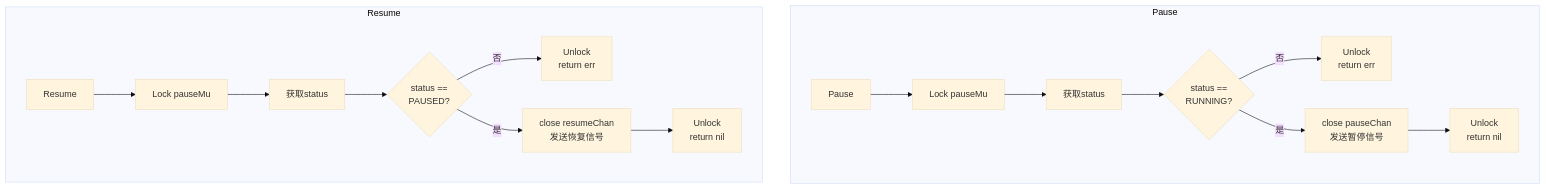
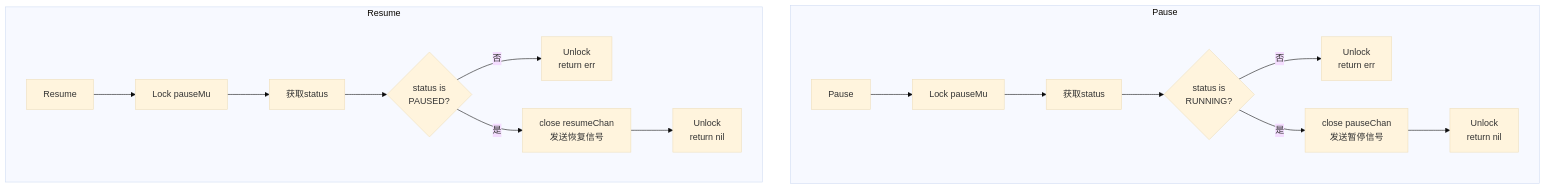
One commit to LerkoX/flowx changed the tenth of 12 diagrams in FLOWS.md. Above: the diagram before and after it, drawn with Mermaid (base theme). The commit also changed other lines of this file and 6 other files, not shown here.

First line of the commit message:
fix: escape special characters in Mermaid diagrams

````diff
--- a/FLOWS.md
+++ b/FLOWS.md
@@ -261,20 +261,20 @@
 ```mermaid
 flowchart TD
     subgraph Pause
     A[Pause] --> B[Lock pauseMu]
     B --> C[获取status]
-    C --> D{status ==<br/>RUNNING?}
+    C --> D{status is<br/>RUNNING?}
     D -->|否| E[Unlock<br/>return err]
     D -->|是| F[close pauseChan<br/>发送暂停信号]
     F --> G[Unlock<br/>return nil]
     end
 
     subgraph Resume
     H[Resume] --> I[Lock pauseMu]
     I --> J[获取status]
-    J --> K{status ==<br/>PAUSED?}
+    J --> K{status is<br/>PAUSED?}
     K -->|否| L[Unlock<br/>return err]
     K -->|是| M[close resumeChan<br/>发送恢复信号]
     M --> N[Unlock<br/>return nil]
     end
 ```
````
